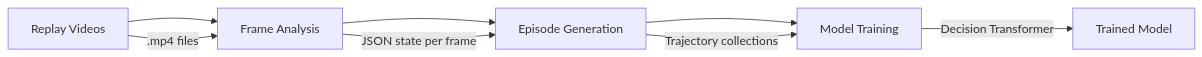
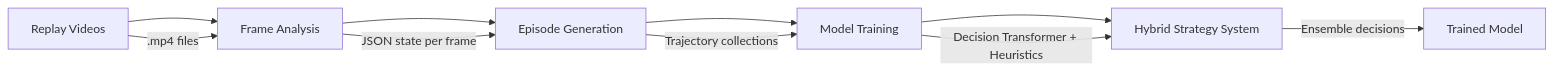
The first of 4 diagrams in README.md (Albertlungu/TorchRoyale), drawn with Mermaid before and after one commit. The commit also changed other lines of this file and 6 other files, not shown here.

````diff
--- a/README.md
+++ b/README.md
@@ -37,11 +47,13 @@
 ```mermaid
 graph LR
     A[Replay Videos] --> B[Frame Analysis]
     B --> C[Episode Generation]
     C --> D[Model Training]
+    D --> E[Hybrid Strategy System]
     
     A -->|.mp4 files| B
     B -->|JSON state per frame| C
     C -->|Trajectory collections| D
-    D -->|Decision Transformer| E[Trained Model]
+    D -->|Decision Transformer + Heuristics| E
+    E -->|Ensemble decisions| F[Trained Model]
 ```
````
